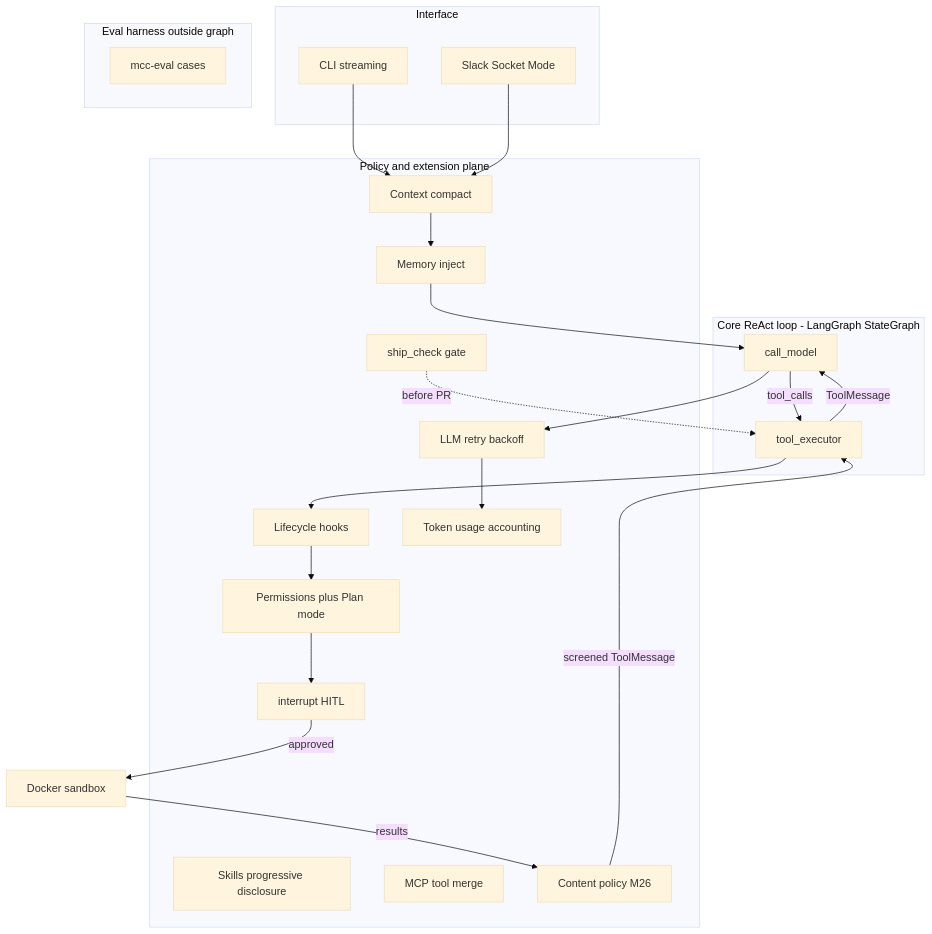
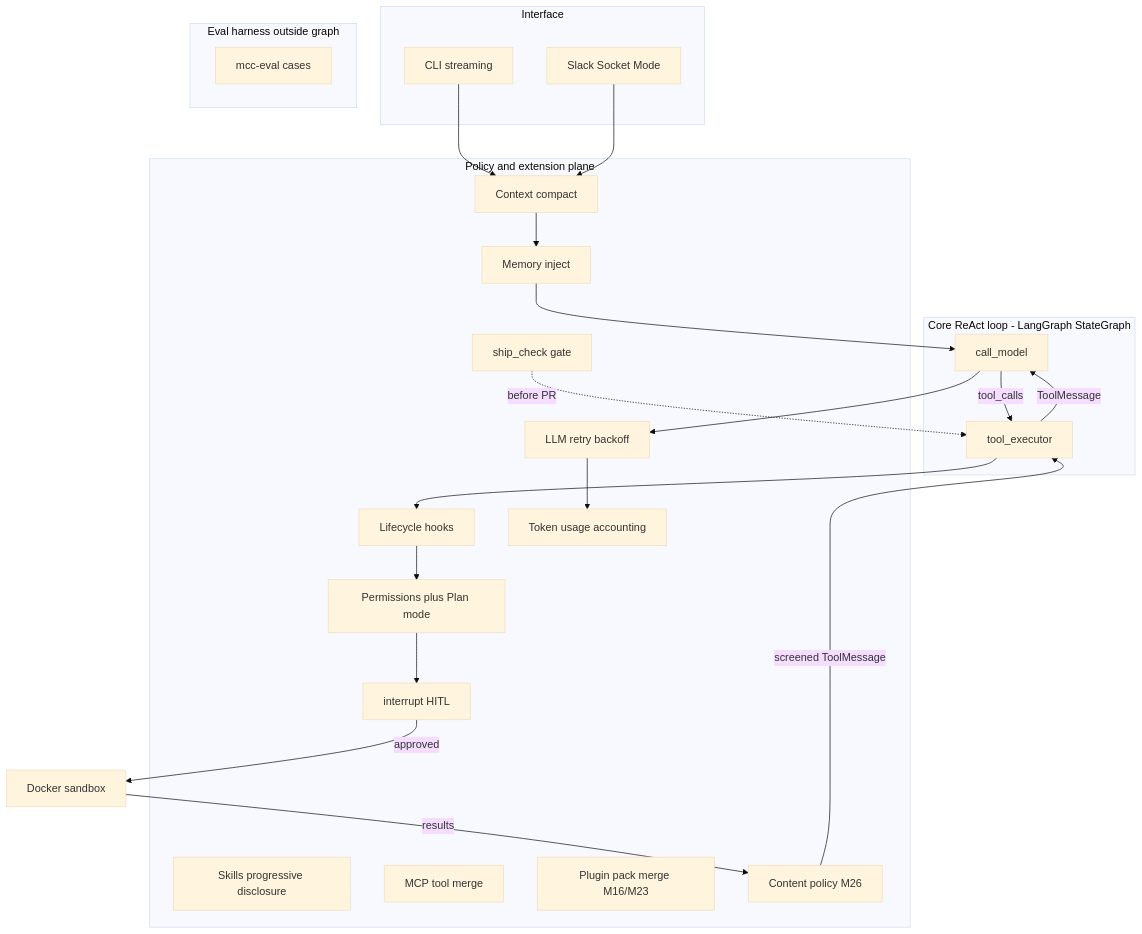
The second of 2 diagrams in docs/architecture.md (CharlotteYW/mini-claude-code), drawn with Mermaid (base theme) before and after one commit. The commit also changed other lines of this file and 23 other files, not shown here.

First line of the commit message:
Ship M23 plugin packs that merge skills, MCP, and subagents.

````diff
--- a/docs/architecture.md
+++ b/docs/architecture.md
@@ -47,42 +47,43 @@
 ```mermaid
 flowchart TB
   subgraph ui [Interface]
     CLI[CLI streaming]
     Slack[Slack Socket Mode]
   end
   subgraph core [Core ReAct loop - LangGraph StateGraph]
     Model[call_model]
     Tools[tool_executor]
     Model -->|tool_calls| Tools
     Tools -->|ToolMessage| Model
   end
   subgraph plane [Policy and extension plane]
     Perm[Permissions plus Plan mode]
     HITL[interrupt HITL]
     Hooks[Lifecycle hooks]
     Skills[Skills progressive disclosure]
     MCP[MCP tool merge]
+    Plugins[Plugin pack merge M16/M23]
     ContentPolicy[Content policy M26]
     Compact[Context compact]
     Memory[Memory inject]
     Retry[LLM retry backoff]
     Usage[Token usage accounting]
     Ship[ship_check gate]
   end
   subgraph eval [Eval harness outside graph]
     EvalRunner[mcc-eval cases]
   end
   CLI --> Compact
   Slack --> Compact
   Compact --> Memory
   Memory --> Model
   Model --> Retry
   Retry --> Usage
   Tools --> Hooks
   Hooks --> Perm
   Perm --> HITL
   HITL -->|approved| Sandbox[Docker sandbox]
   Sandbox -->|results| ContentPolicy
   ContentPolicy -->|screened ToolMessage| Tools
   Ship -.->|before PR| Tools
 ```
````
